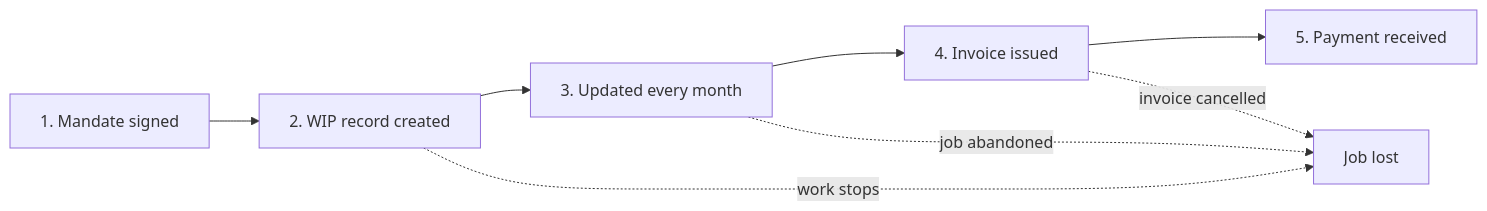
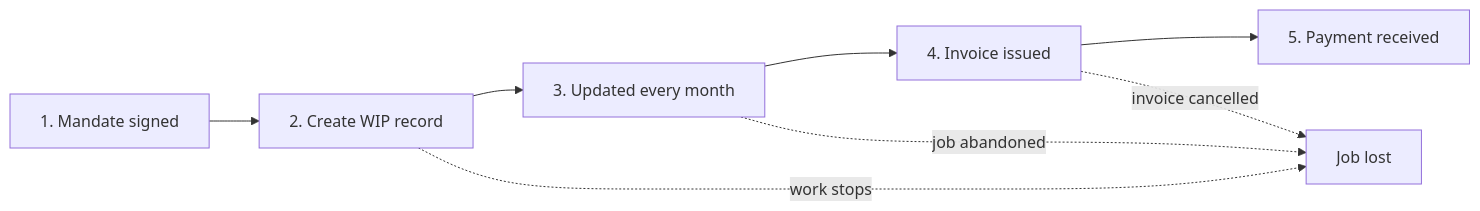
Before and after one commit to newportg/POC-EuroWIP: the diagram in POC-EuroWIP-Vault/wiki/wip-simple-workflow.md, drawn with Mermaid. The commit also changed other lines of this file and 4 other files, not shown here.

````diff
--- a/POC-EuroWIP-Vault/wiki/wip-simple-workflow.md
+++ b/POC-EuroWIP-Vault/wiki/wip-simple-workflow.md
@@ -18,10 +18,10 @@
 ```mermaid
 flowchart LR
-    A["1. Mandate signed"] --> B["2. WIP record created"]
+    A["1. Mandate signed"] --> B["2. Create WIP record"]
     B --> C["3. Updated every month"]
     C --> D["4. Invoice issued"]
     D --> E["5. Payment received"]
     B -.->|"work stops"| L["Job lost"]
     C -.->|"job abandoned"| L
     D -.->|"invoice cancelled"| L
 ```
````
